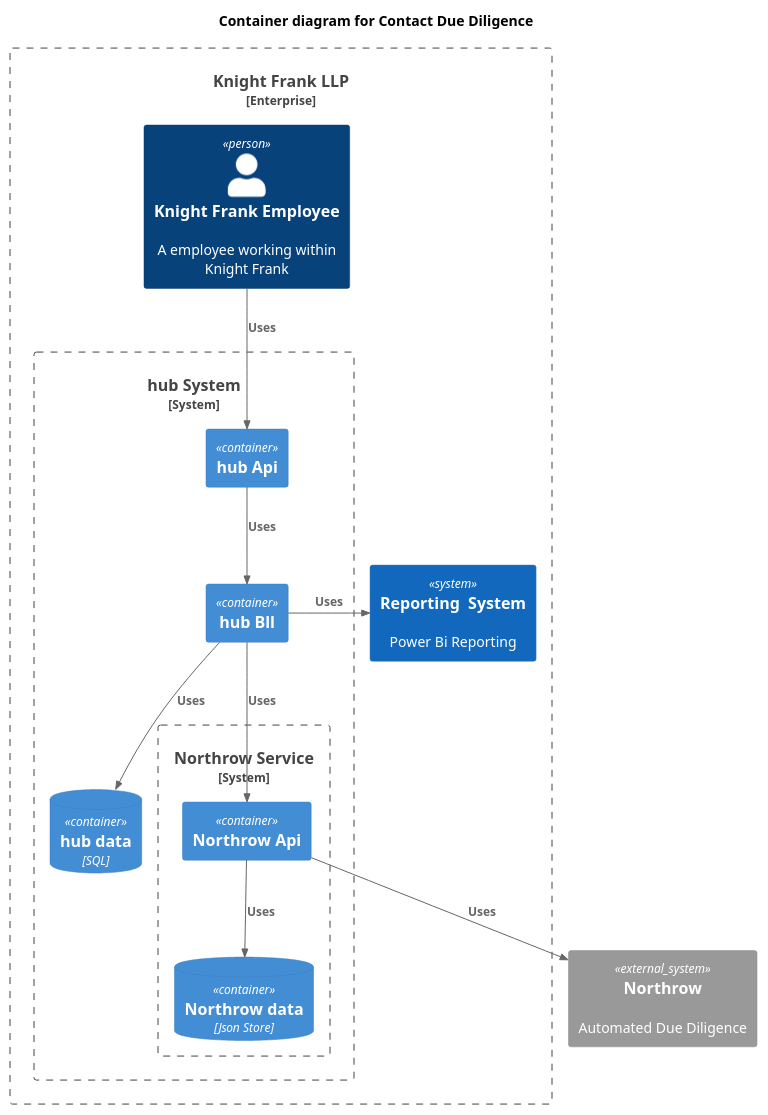
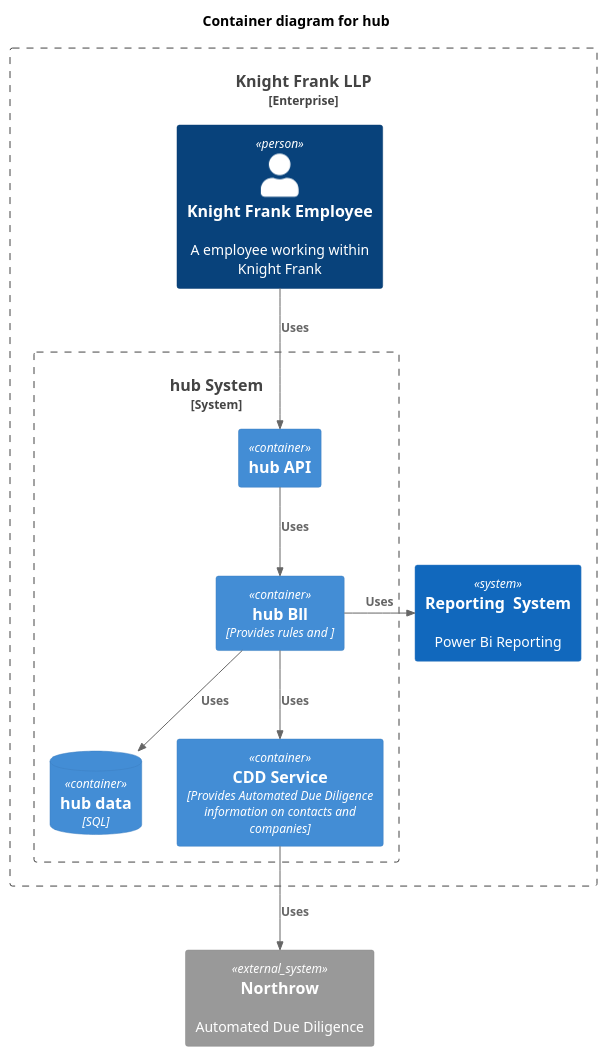
Before and after one commit to Kf-GaryNewport/Kf-GaryNewport.github.io: the diagram in assets/CDD-Container.puml, drawn with PlantUML. The commit also changed 7 other files, not shown here.

```diff
--- a/assets/CDD-Container.puml
+++ b/assets/CDD-Container.puml
@@ -1,38 +1,30 @@
 @startuml
 !includeurl https://raw.githubusercontent.com/RicardoNiepel/C4-PlantUML/master/C4_Container.puml
 
 'LAYOUT_WITH_LEGEND
 
-title Container diagram for Contact Due Diligence
+title Container diagram for hub
 
 Enterprise_Boundary(c1, "Knight Frank LLP") {
     Person(customer, "Knight Frank Employee ", "A employee working within Knight Frank")
 
     System_Boundary(hub_system, "hub System"){
 
-        Container( hapi, "hub Api", "")
-        Container( hbll, "hub Bll", "")
+        Container( hapi, "hub API", "")
+        Container( hbll, "hub Bll", "Provides rules and ")
         ContainerDb( hdb, "hub data", "SQL")
-
-        System_Boundary(northrow_system, "Northrow Service"){
-            Container( napi, "Northrow Api", "")
-            ContainerDb( ndb, "Northrow data", "Json Store")
-        }
+        Container( napi, "CDD Service", "Provides Automated Due Diligence information on contacts and companies")
     }
     System(rep_system, "Reporting  System", "Power Bi Reporting")
 }
 System_Ext(northrow, "Northrow", "Automated Due Diligence")
 
 Rel(customer, hapi, "Uses")
-
 Rel(hapi, hbll, "Uses")
 Rel(hbll, hdb, "Uses")
 Rel(hbll, napi, "Uses")
-
 Rel(napi, northrow, "Uses")
-Rel(napi, ndb, "Uses")
-
 Rel_L(hbll, rep_system, "Uses")
 
 
 @enduml
```
